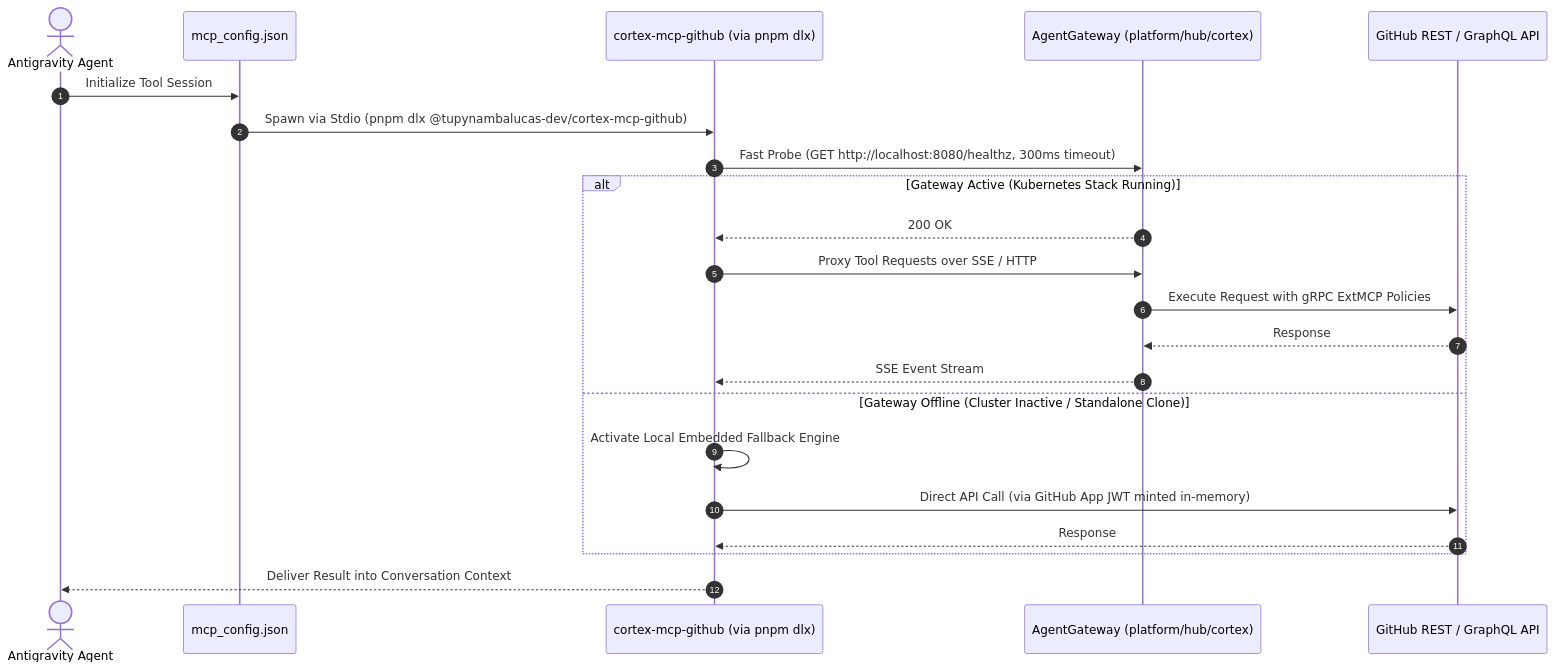
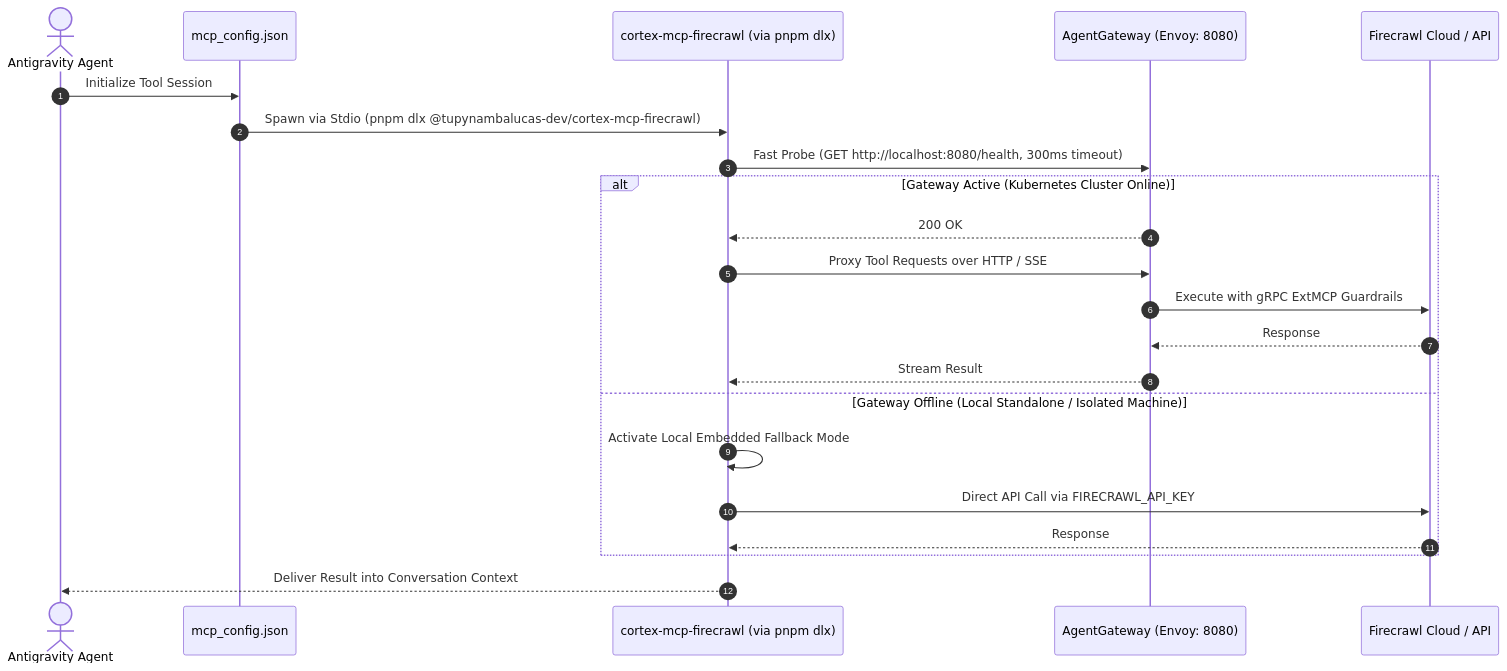
One commit to tupynambalucas-dev/agent-mesh changed the second of 2 diagrams in references/cortex-gateway-and-self-contained-agent-mesh-architecture.md. Above: the diagram before and after it, drawn with Mermaid. The commit also changed other lines of this file, not shown here.

Commit message:
docs(architecture): refine cortex mcp services and dual-target pattern

````diff
--- a/references/cortex-gateway-and-self-contained-agent-mesh-architecture.md
+++ b/references/cortex-gateway-and-self-contained-agent-mesh-architecture.md
@@ -232,25 +321,25 @@
 ```mermaid
 sequenceDiagram
     autonumber
     actor Agent as Antigravity Agent
     participant Config as mcp_config.json
-    participant MCPBinary as cortex-mcp-github (via pnpm dlx)
-    participant Gateway as AgentGateway (platform/hub/cortex)
-    participant GitHubAPI as GitHub REST / GraphQL API
+    participant MCPBinary as cortex-mcp-firecrawl (via pnpm dlx)
+    participant Gateway as AgentGateway (Envoy: 8080)
+    participant UpstreamAPI as Firecrawl Cloud / API
 
     Agent->>Config: Initialize Tool Session
-    Config->>MCPBinary: Spawn via Stdio (pnpm dlx @tupynambalucas-dev/cortex-mcp-github)
-    MCPBinary->>Gateway: Fast Probe (GET http://localhost:8080/healthz, 300ms timeout)
-    alt Gateway Active (Kubernetes Stack Running)
+    Config->>MCPBinary: Spawn via Stdio (pnpm dlx @tupynambalucas-dev/cortex-mcp-firecrawl)
+    MCPBinary->>Gateway: Fast Probe (GET http://localhost:8080/health, 300ms timeout)
+    alt Gateway Active (Kubernetes Cluster Online)
         Gateway-->>MCPBinary: 200 OK
-        MCPBinary->>Gateway: Proxy Tool Requests over SSE / HTTP
-        Gateway->>GitHubAPI: Execute Request with gRPC ExtMCP Policies
-        GitHubAPI-->>Gateway: Response
-        Gateway-->>MCPBinary: SSE Event Stream
-    else Gateway Offline (Cluster Inactive / Standalone Clone)
-        MCPBinary->>MCPBinary: Activate Local Embedded Fallback Engine
-        MCPBinary->>GitHubAPI: Direct API Call (via GitHub App JWT minted in-memory)
-        GitHubAPI-->>MCPBinary: Response
+        MCPBinary->>Gateway: Proxy Tool Requests over HTTP / SSE
+        Gateway->>UpstreamAPI: Execute with gRPC ExtMCP Guardrails
+        UpstreamAPI-->>Gateway: Response
+        Gateway-->>MCPBinary: Stream Result
+    else Gateway Offline (Local Standalone / Isolated Machine)
+        MCPBinary->>MCPBinary: Activate Local Embedded Fallback Mode
+        MCPBinary->>UpstreamAPI: Direct API Call via FIRECRAWL_API_KEY
+        UpstreamAPI-->>MCPBinary: Response
     end
     MCPBinary-->>Agent: Deliver Result into Conversation Context
 ```
````
